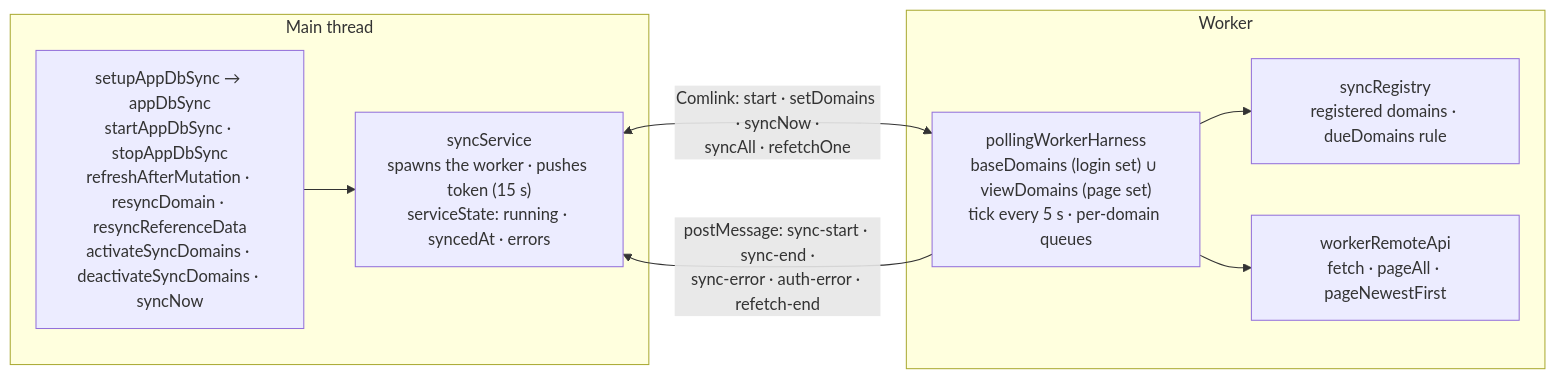
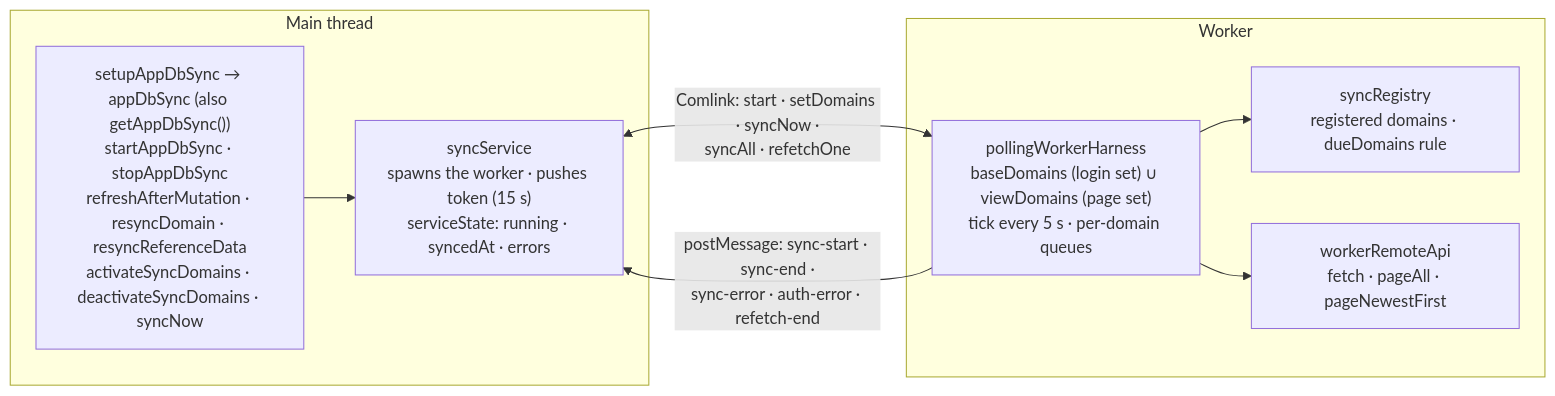
One commit to hotwax/accxui changed the sixth of 6 diagrams in docs/APP_DB_ARCHITECTURE.md. Above: the diagram before and after it, drawn with Mermaid. The commit also changed other lines of this file and 1 other file, not shown here.

````diff
--- a/docs/APP_DB_ARCHITECTURE.md
+++ b/docs/APP_DB_ARCHITECTURE.md
@@ -317,17 +394,17 @@
 ```mermaid
 flowchart LR
     subgraph MAIN["Main thread"]
-      SAS["setupAppDbSync → appDbSync<br/>startAppDbSync · stopAppDbSync<br/>refreshAfterMutation · resyncDomain · resyncReferenceData<br/>activateSyncDomains · deactivateSyncDomains · syncNow"]
+      SAS["setupAppDbSync → appDbSync (also getAppDbSync())<br/>startAppDbSync · stopAppDbSync<br/>refreshAfterMutation · resyncDomain · resyncReferenceData<br/>activateSyncDomains · deactivateSyncDomains · syncNow"]
       SS["syncService<br/>spawns the worker · pushes token (15 s)<br/>serviceState: running · syncedAt · errors"]
     end
     subgraph WK["Worker"]
       H["pollingWorkerHarness<br/>baseDomains (login set) ∪ viewDomains (page set)<br/>tick every 5 s · per-domain queues"]
       REGY["syncRegistry<br/>registered domains · dueDomains rule"]
       RAPI["workerRemoteApi<br/>fetch · pageAll · pageNewestFirst"]
     end
     SAS --> SS
     SS <-- "Comlink: start · setDomains · syncNow ·<br/>syncAll · refetchOne" --> H
     H -- "postMessage: sync-start · sync-end ·<br/>sync-error · auth-error · refetch-end" --> SS
     H --> REGY
     H --> RAPI
 ```
````
